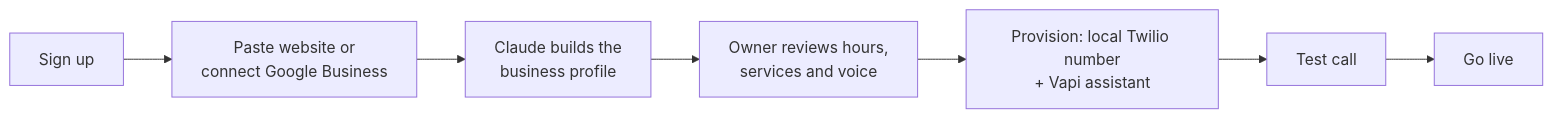
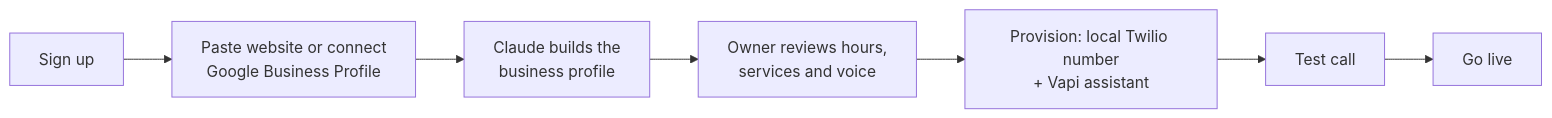
Before and after one commit to CodeBen98/shopdesk-dashboard: the second of 2 diagrams in README.md, drawn with Mermaid. The commit also changed other lines of this file, not shown here.

````diff
--- a/README.md
+++ b/README.md
@@ -70,9 +70,9 @@
 ```mermaid
 flowchart LR
-    A[Sign up] --> B[Paste website or<br/>connect Google Business]
+    A[Sign up] --> B[Paste website or connect<br/>Google Business Profile]
     B --> C[Claude builds the<br/>business profile]
     C --> D[Owner reviews hours,<br/>services and voice]
     D --> E[Provision: local Twilio number<br/>+ Vapi assistant]
     E --> F[Test call]
     F --> G[Go live]
 ```
````
